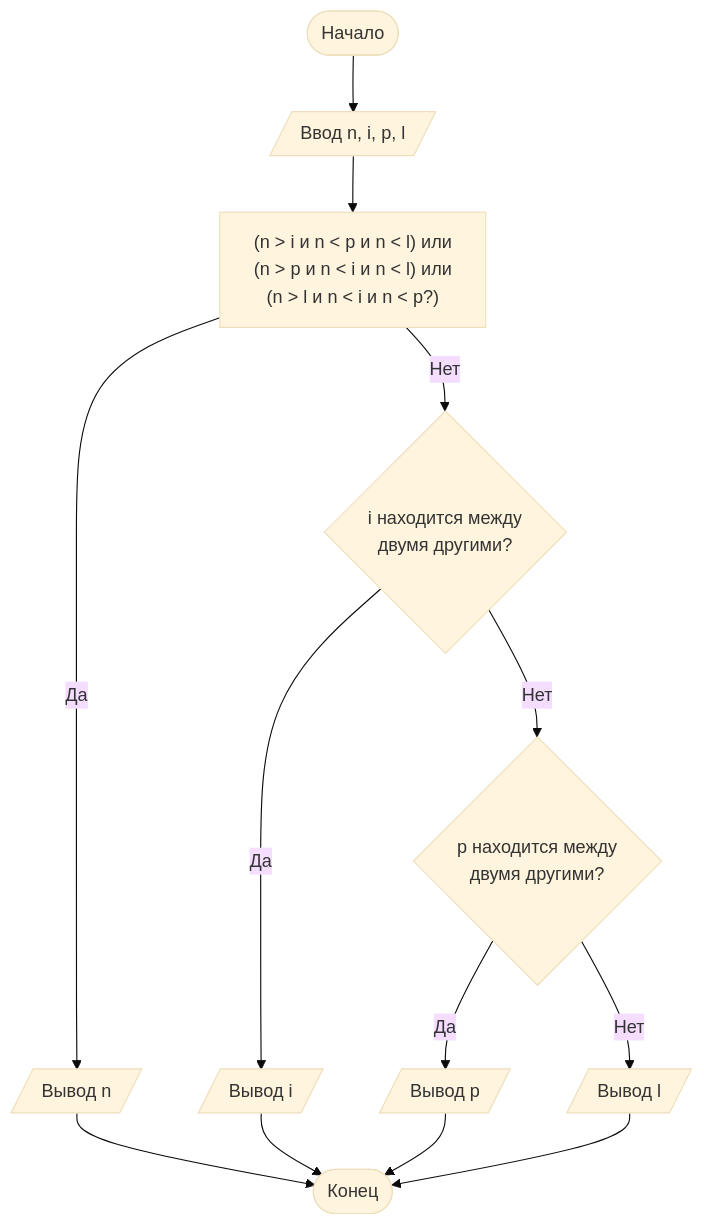
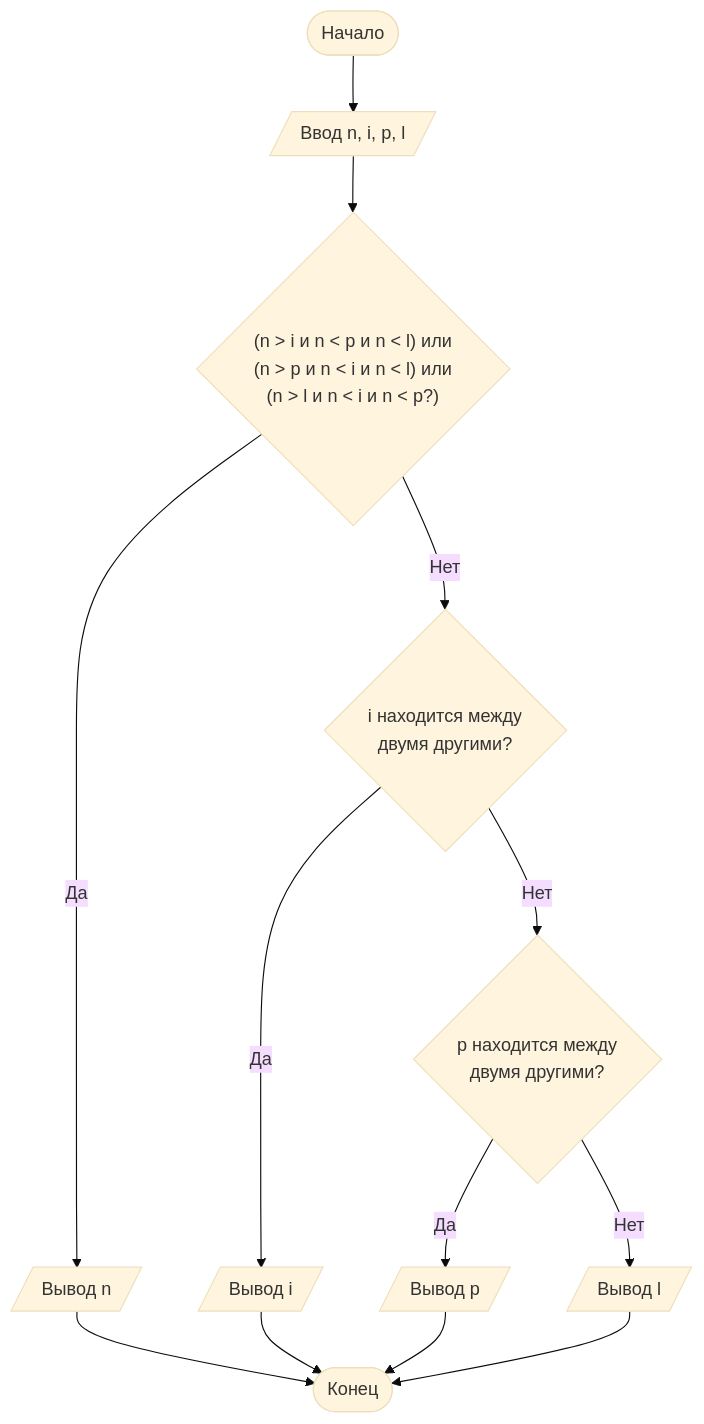
One commit to Fipip28/laboratornaya-rabota-1 changed the diagram in README.md. Above: the diagram before and after it, drawn with Mermaid (base theme).

````diff
--- a/README.md
+++ b/README.md
@@ -110,15 +110,15 @@
 ```mermaid
 graph TD
     A([Начало]) --> B[/Ввод n, i, p, l/]
-    B --> C["(n > i и n < p и n < l) или <br/>(n > p и n < i и n < l) или <br/>(n > l и n < i и n < p?)"]
+    B --> C{"(n > i и n < p и n < l) или <br/>(n > p и n < i и n < l) или <br/>(n > l и n < i и n < p?)"}
     C -- Да --> D[/Вывод n/]
     C -- Нет --> E{i находится между<br/>двумя другими?}
     E -- Да --> F[/Вывод i/]
     E -- Нет --> G{p находится между<br/>двумя другими?}
     G -- Да --> H[/Вывод p/]
     G -- Нет --> I[/Вывод l/]
     D --> J([Конец])
     F --> J
     H --> J
     I --> J
 ```
````
